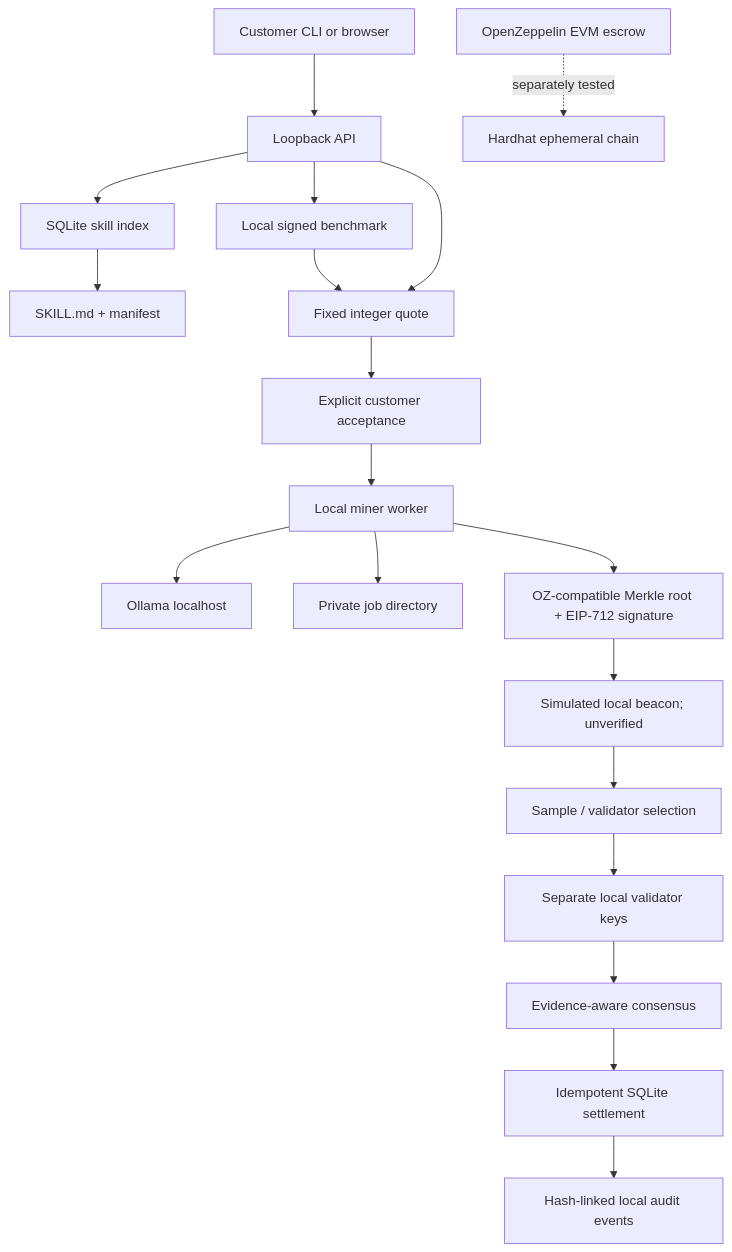
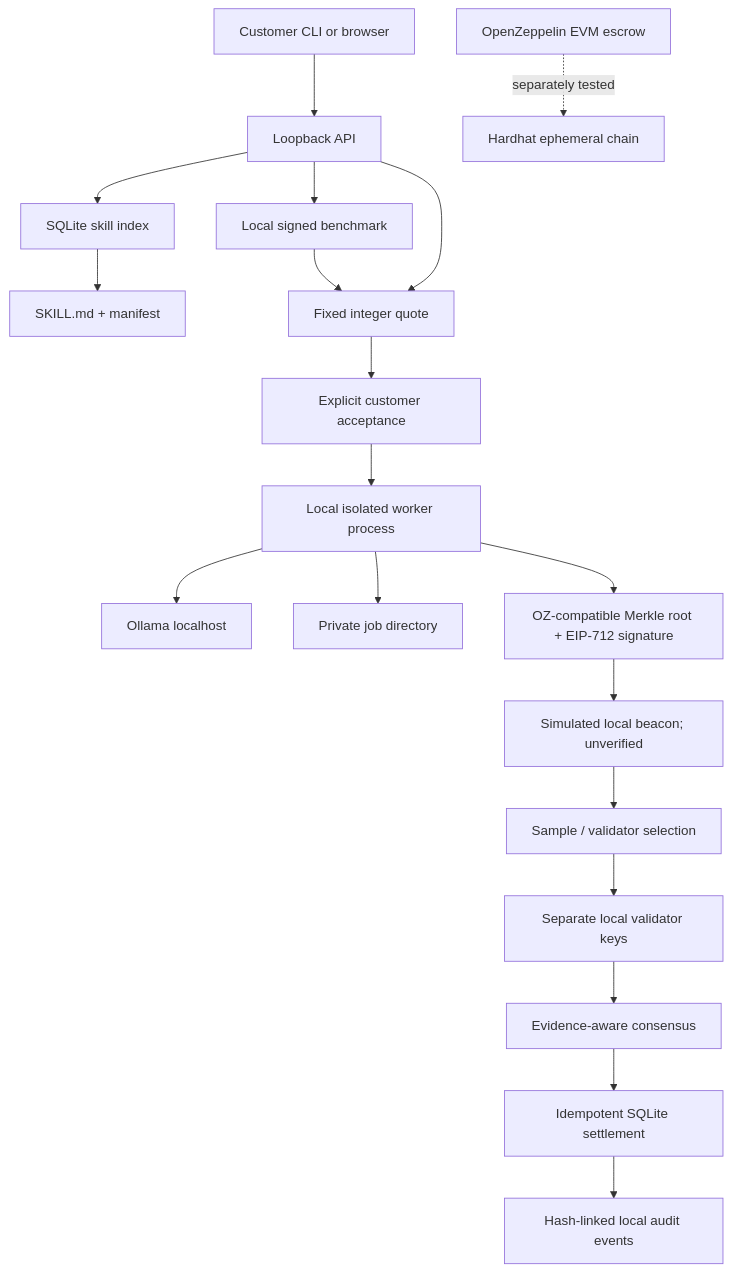
One commit to luiz-rocha94/AI-Mining-Network changed the first of 2 diagrams in docs/architecture/architecture.md. Above: the diagram before and after it, drawn with Mermaid. The commit also changed other lines of this file and 23 other files, not shown here.

````diff
--- a/docs/architecture/architecture.md
+++ b/docs/architecture/architecture.md
@@ -7,21 +7,21 @@
 ```mermaid
 flowchart TB
   Customer[Customer CLI or browser] --> API[Loopback API]
   API --> Registry[SQLite skill index]
   API --> Benchmark[Local signed benchmark]
   Registry --> Skill[SKILL.md + manifest]
   Benchmark --> Pricing[Fixed integer quote]
   API --> Pricing
   Pricing --> Accept[Explicit customer acceptance]
-  Accept --> Worker[Local miner worker]
+  Accept --> Worker[Local isolated worker process]
   Worker --> Ollama[Ollama localhost]
   Worker --> Files[Private job directory]
   Worker --> Commit[OZ-compatible Merkle root + EIP-712 signature]
   Commit --> Beacon[Simulated local beacon; unverified]
   Beacon --> Assign[Sample / validator selection]
   Assign --> Validators[Separate local validator keys]
   Validators --> Policy[Evidence-aware consensus]
   Policy --> Ledger[Idempotent SQLite settlement]
   Ledger --> EventLog[Hash-linked local audit events]
   Contract[OpenZeppelin EVM escrow] -. separately tested .-> LocalChain[Hardhat ephemeral chain]
 ```
````
